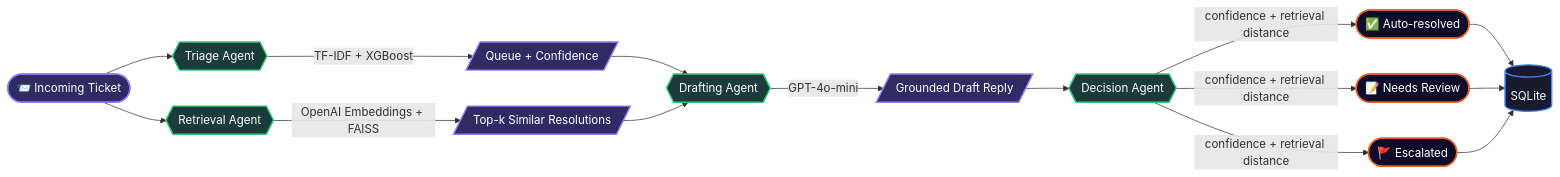
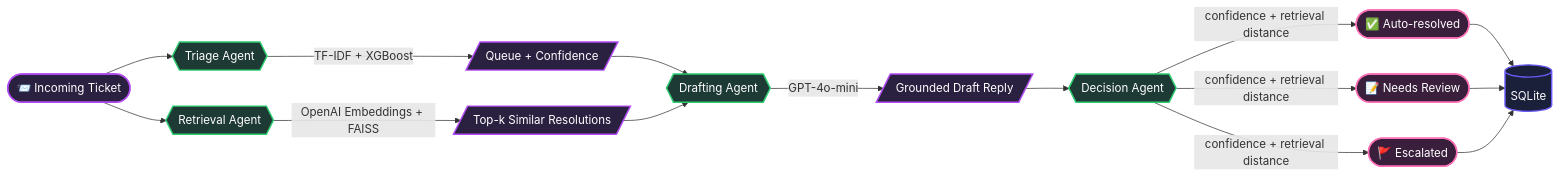
The diagram in README.md (Jenil05-web/AI-Ops), drawn with Mermaid before and after one commit. The commit also changed other lines of this file and 4 other files, not shown here.

````diff
--- a/README.md
+++ b/README.md
@@ -84,26 +70,26 @@
 ```mermaid
 flowchart LR
     T([📨 Incoming Ticket]) --> TR{{Triage Agent}}
     TR -->|TF-IDF + XGBoost| Q[/Queue + Confidence/]
     T --> RT{{Retrieval Agent}}
     RT -->|OpenAI Embeddings + FAISS| CTX[/Top-k Similar Resolutions/]
     Q --> DR{{Drafting Agent}}
     CTX --> DR
     DR -->|GPT-4o-mini| RESP[/Grounded Draft Reply/]
     RESP --> DEC{{Decision Agent}}
     DEC -->|confidence + retrieval distance| OUT1([✅ Auto-resolved])
     DEC -->|confidence + retrieval distance| OUT2([📝 Needs Review])
     DEC -->|confidence + retrieval distance| OUT3([🚩 Escalated])
     OUT1 --> DB[(SQLite)]
     OUT2 --> DB
     OUT3 --> DB
 
-    classDef ticket fill:#302B63,stroke:#8A7FFF,color:#fff,stroke-width:2px
-    classDef agent fill:#1C3C3C,stroke:#2ECC71,color:#fff,stroke-width:2px
-    classDef out fill:#0F0C29,stroke:#EB5E28,color:#fff,stroke-width:2px
-    classDef store fill:#1a1a2e,stroke:#4285F4,color:#fff,stroke-width:2px
+    classDef ticket fill:#2A2140,stroke:#B24BF3,color:#fff,stroke-width:2px
+    classDef agent fill:#1E3A34,stroke:#2ECC71,color:#fff,stroke-width:2px
+    classDef out fill:#3A1F3D,stroke:#FF6FB5,color:#fff,stroke-width:2px
+    classDef store fill:#1A1F3A,stroke:#6A5AF9,color:#fff,stroke-width:2px
     class T,Q,CTX,RESP ticket
     class TR,RT,DR,DEC agent
     class OUT1,OUT2,OUT3 out
     class DB store
 ```
````
